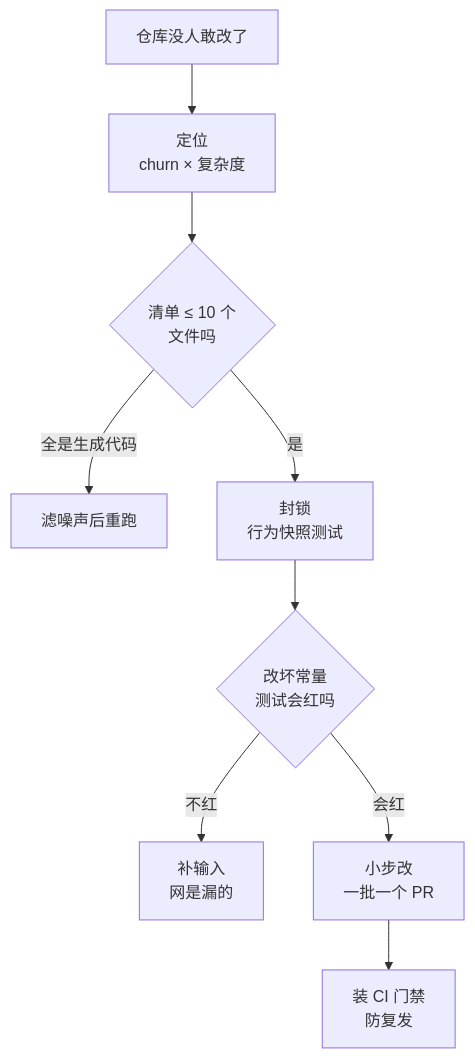
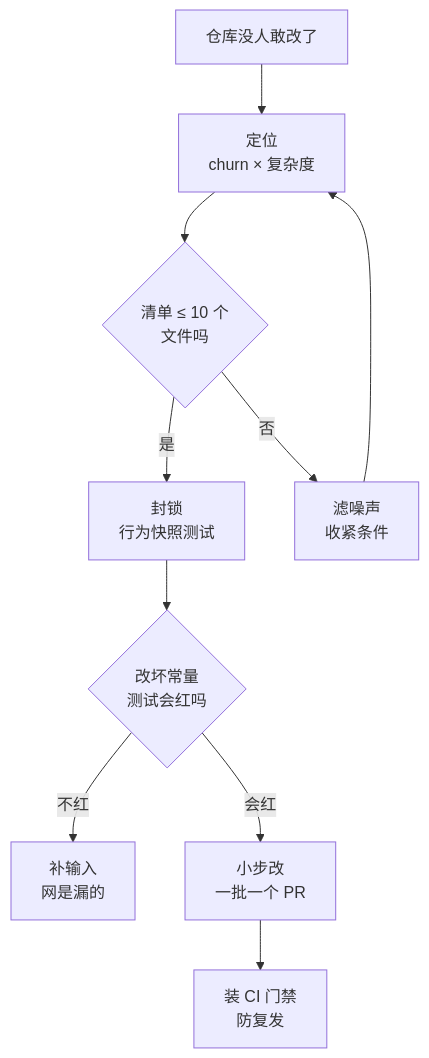
The diagram in 05-质量保证/044-AI代码债怎么分批还.md (BigKunLun/AI-Coding-Playbook), drawn with Mermaid before and after one commit. The commit also changed other lines of this file and 40 other files, not shown here.

````diff
--- a/05-质量保证/044-AI代码债怎么分批还.md
+++ b/05-质量保证/044-AI代码债怎么分批还.md
@@ -15,11 +15,12 @@
 ```mermaid
 flowchart TD
     A[仓库没人敢改了] --> B["定位<br/>churn × 复杂度"]
     B --> C{清单 ≤ 10 个<br/>文件吗}
-    C -->|全是生成代码| D[滤噪声后重跑]
     C -->|是| E[封锁<br/>行为快照测试]
+    C -->|否| D[滤噪声<br/>收紧条件]
+    D --> B
     E --> F{改坏常量<br/>测试会红吗}
     F -->|不红| G[补输入<br/>网是漏的]
     F -->|会红| H[小步改<br/>一批一个 PR]
     H --> I[装 CI 门禁<br/>防复发]
 ```
````
